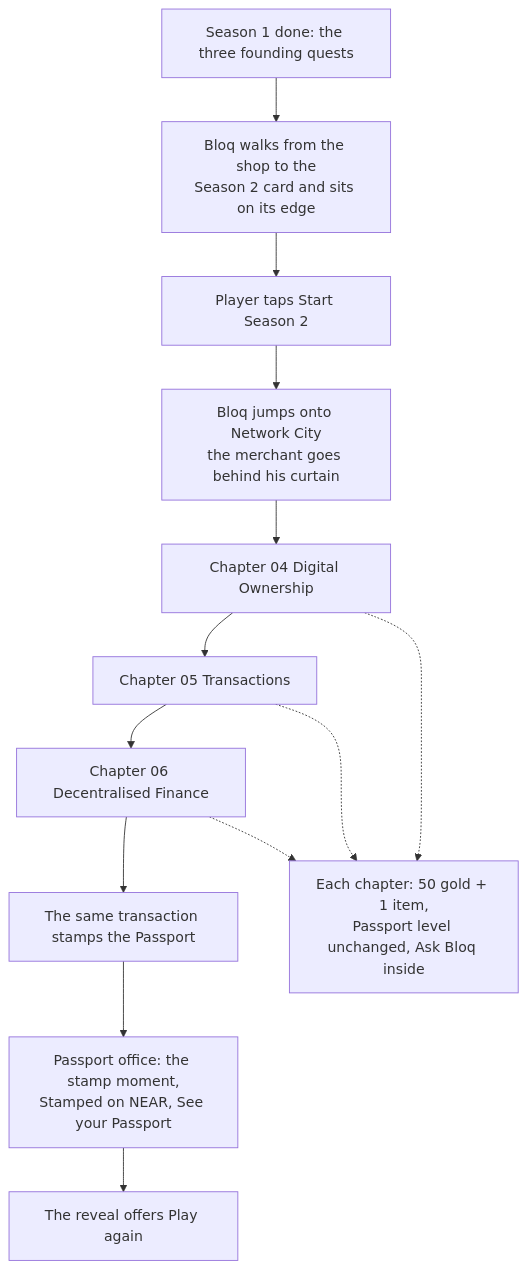
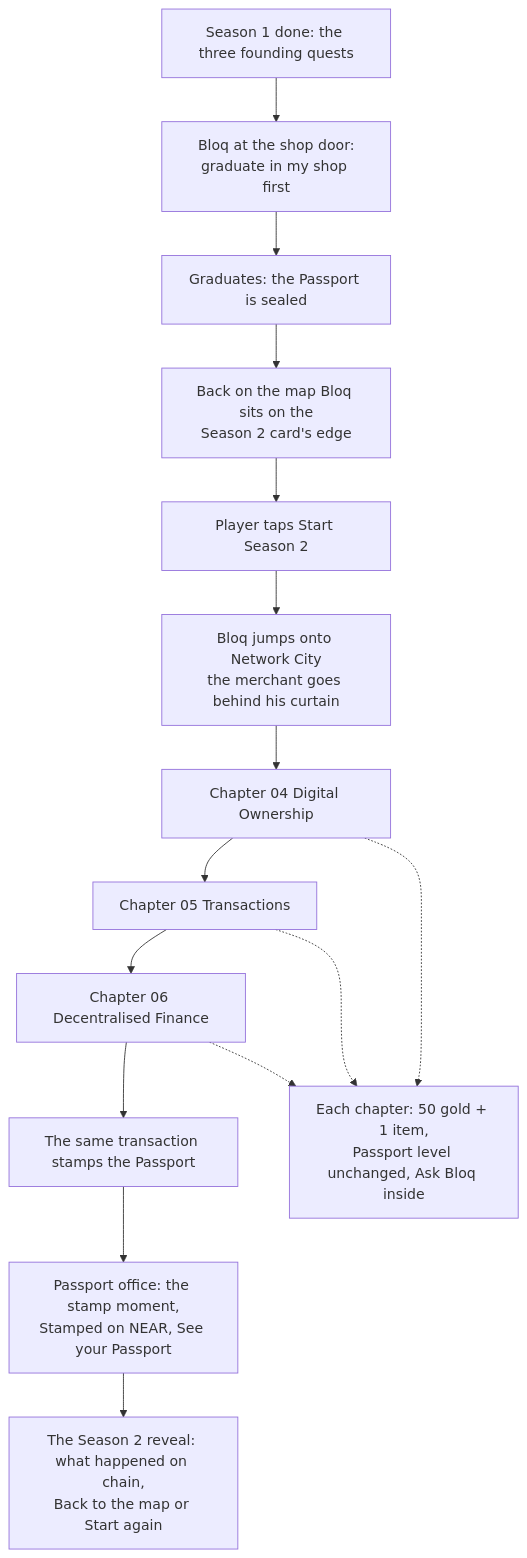
Before and after one commit to 1AdiTech1/bloqvia: the seventh of 9 diagrams in docs/FLOWS.md, drawn with Mermaid. The commit also changed other lines of this file and 1 other file, not shown here.

Commit message:
README and FLOWS: graduation opens Season 2, the Season 2 reveal
Claude-Session: https://claude.ai/code/session_013vdzj9B2oSoq9AjoD3Gmyc

````diff
--- a/docs/FLOWS.md
+++ b/docs/FLOWS.md
@@ -186,13 +186,15 @@
 ```mermaid
 flowchart TD
-    A[Season 1 done: the three founding quests] --> B[Bloq walks from the shop to the<br/>Season 2 card and sits on its edge]
+    A0[Season 1 done: the three founding quests] --> A1[Bloq at the shop door:<br/>graduate in my shop first]
+    A1 --> A[Graduates: the Passport is sealed]
+    A --> B[Back on the map Bloq sits on the<br/>Season 2 card's edge]
     B --> C[Player taps Start Season 2]
     C --> D[Bloq jumps onto Network City<br/>the merchant goes behind his curtain]
     D --> E[Chapter 04 Digital Ownership]
     E --> F[Chapter 05 Transactions]
     F --> G[Chapter 06 Decentralised Finance]
     G --> H[The same transaction stamps the Passport]
     H --> I[Passport office: the stamp moment,<br/>Stamped on NEAR, See your Passport]
-    I --> J[The reveal offers Play again]
+    I --> J[The Season 2 reveal: what happened on chain,<br/>Back to the map or Start again]
     E & F & G -.-> K[Each chapter: 50 gold + 1 item,<br/>Passport level unchanged, Ask Bloq inside]
 ```
````
